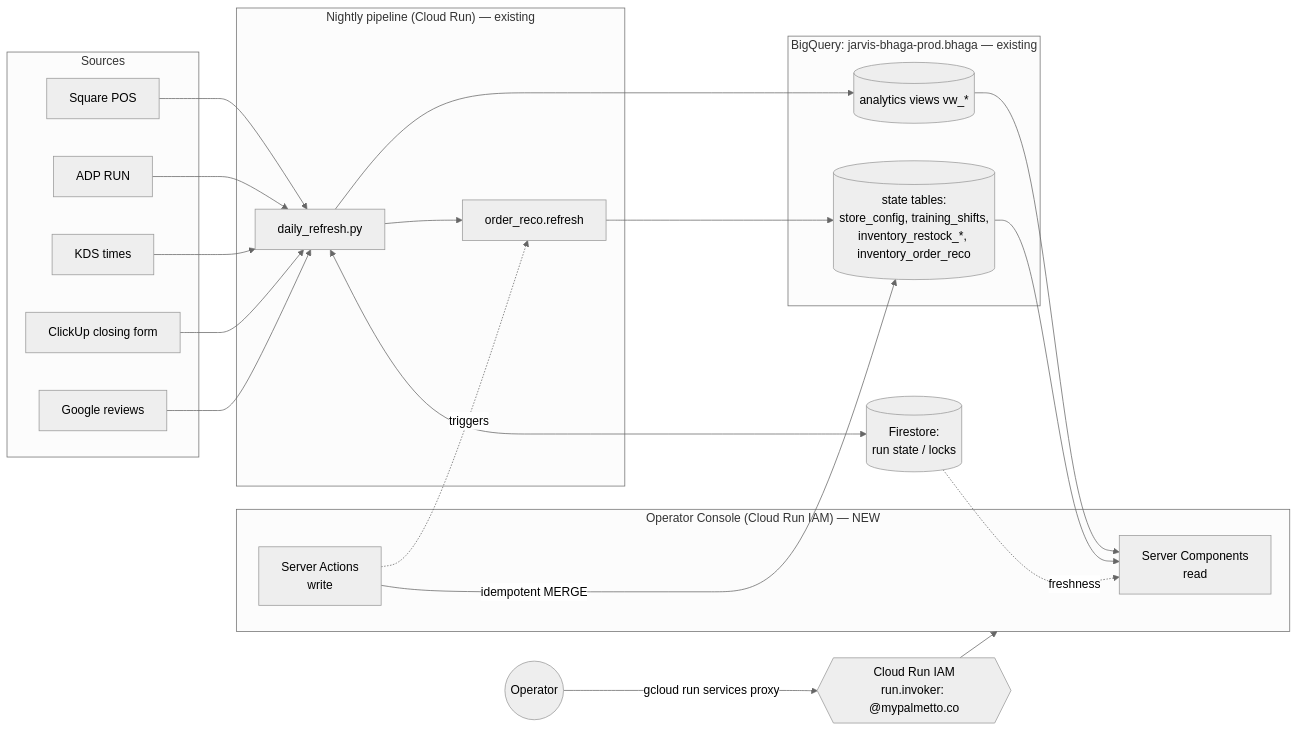
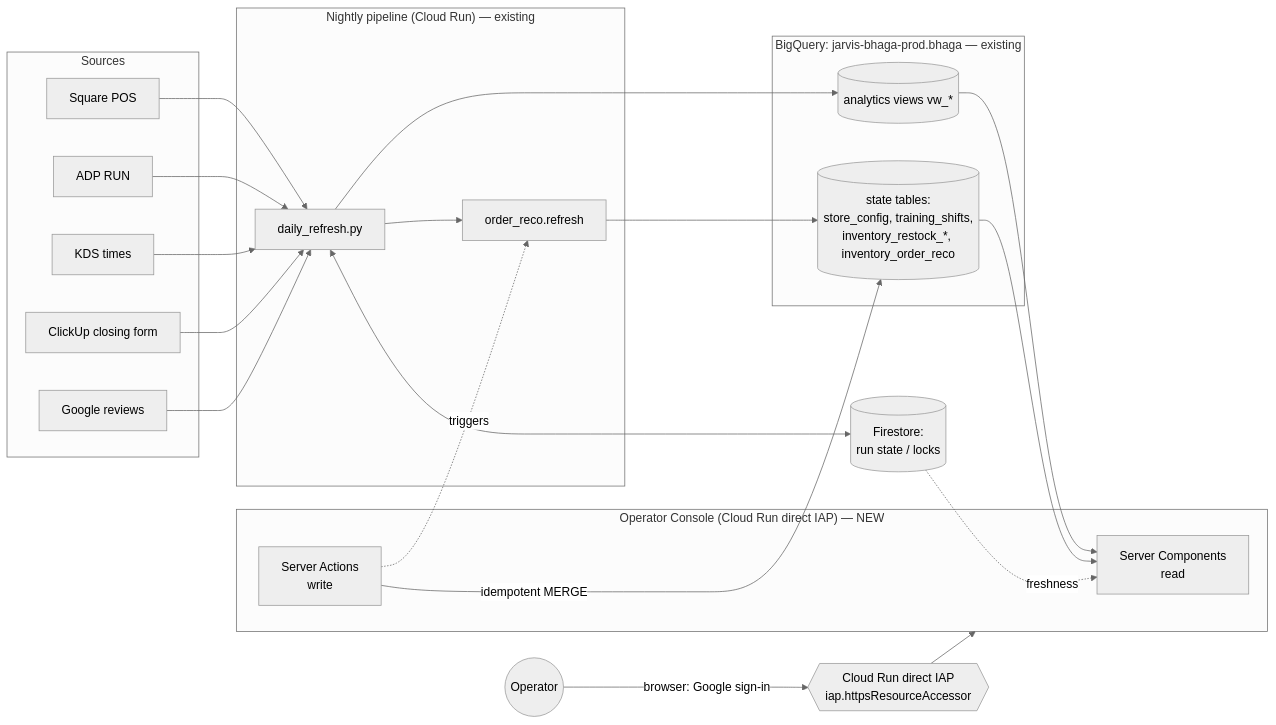
Before and after one commit to aditya2kx/jarvis: the first of 5 diagrams in docs/operator-console/ARCHITECTURE.md, drawn with Mermaid (neutral theme). The commit also changed other lines of this file and 9 other files, not shown here.

First line of the commit message:
operator-console: Cloud Run direct IAP browser sign-in (replaces proxy access)

````diff
--- a/docs/operator-console/ARCHITECTURE.md
+++ b/docs/operator-console/ARCHITECTURE.md
@@ -103,35 +103,35 @@
 ```mermaid
 flowchart LR
   subgraph Sources
     SQ[Square POS]
     ADP[ADP RUN]
     KDS[KDS times]
     CU[ClickUp closing form]
     GR[Google reviews]
   end
   subgraph Pipeline["Nightly pipeline (Cloud Run) — existing"]
     DR[daily_refresh.py]
     OR[order_reco.refresh]
   end
   subgraph BQ["BigQuery: jarvis-bhaga-prod.bhaga — existing"]
     V[(analytics views vw_*)]
     T[(state tables:\nstore_config, training_shifts,\ninventory_restock_*, inventory_order_reco)]
   end
   FS[(Firestore:\nrun state / locks)]
 
   SQ & ADP & KDS & CU & GR --> DR --> V
   DR --> OR --> T
   DR <--> FS
 
-  subgraph Console["Operator Console (Cloud Run IAM) — NEW"]
+  subgraph Console["Operator Console (Cloud Run direct IAP) — NEW"]
     RSC[Server Components\nread]
     ACT[Server Actions\nwrite]
   end
-  IAM{{Cloud Run IAM\nrun.invoker: @mypalmetto.co}}
-  OP((Operator)) -->|gcloud run services proxy| IAM --> Console
+  IAP{{Cloud Run direct IAP\niap.httpsResourceAccessor}}
+  OP((Operator)) -->|browser: Google sign-in| IAP --> Console
   V --> RSC
   T --> RSC
   FS -. freshness .-> RSC
   ACT -->|idempotent MERGE| T
   ACT -.triggers.-> OR
 ```
````
